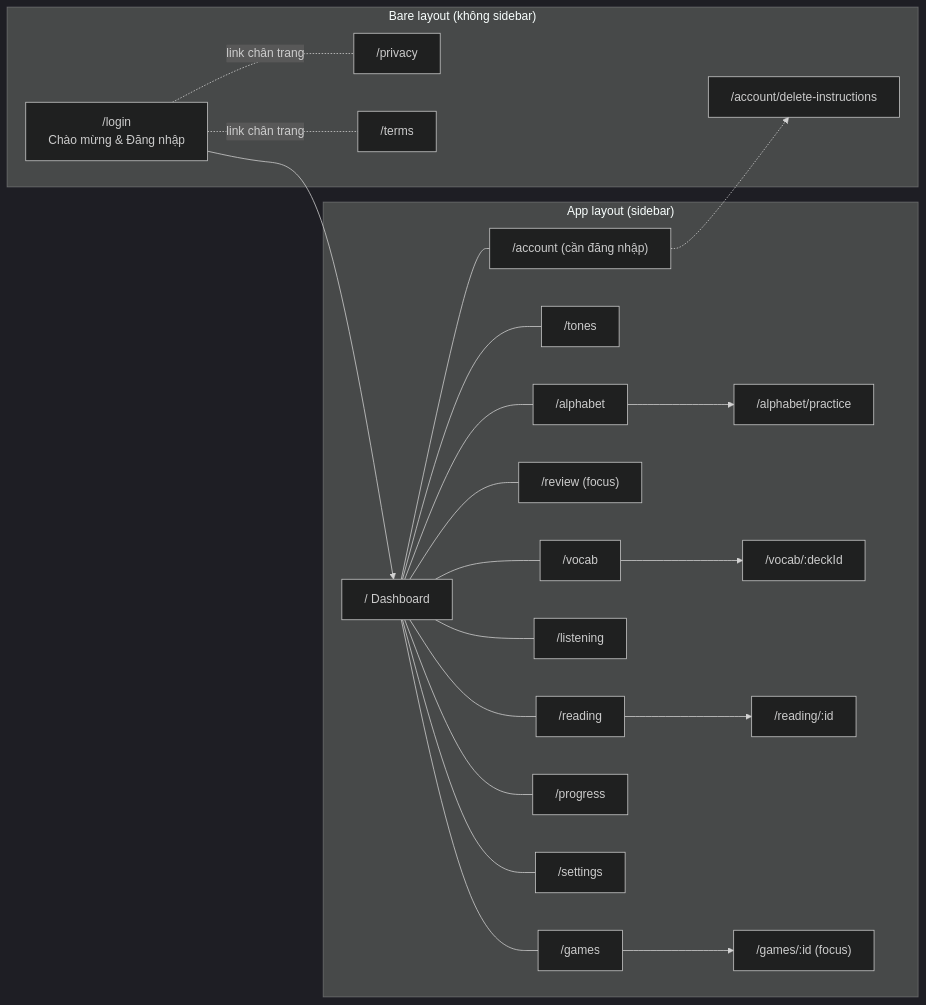
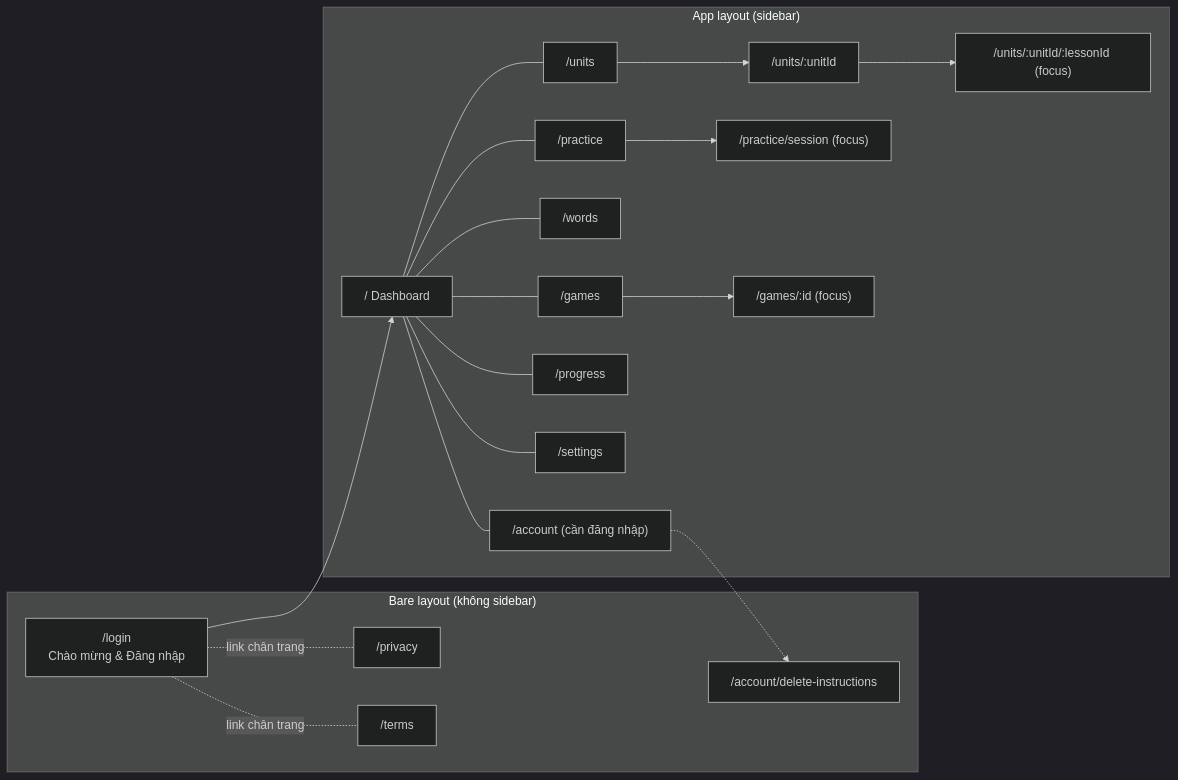
One commit to DoMinhChien/hoc-thai-cung-nom changed the first of 6 diagrams in docs/design/flows.md. Above: the diagram before and after it, drawn with Mermaid (dark theme). The commit also changed other lines of this file and 5 other files, not shown here.

````diff
--- a/docs/design/flows.md
+++ b/docs/design/flows.md
@@ -7,26 +9,23 @@
 ```mermaid
 flowchart LR
   subgraph Bare["Bare layout (không sidebar)"]
     LOGIN["/login<br/>Chào mừng & Đăng nhập"]
     PRIV["/privacy"]
     TERMS["/terms"]
     DEL["/account/delete-instructions"]
   end
   subgraph App["App layout (sidebar)"]
     DASH["/ Dashboard"]
-    ALPHA["/alphabet"] --> ALPHAP["/alphabet/practice"]
-    TONES["/tones"]
-    VOCAB["/vocab"] --> DECK["/vocab/:deckId"]
-    REVIEW["/review (focus)"]
-    READ["/reading"] --> READD["/reading/:id"]
-    LISTEN["/listening"]
+    UNITS["/units"] --> UNIT["/units/:unitId"] --> LESSON["/units/:unitId/:lessonId (focus)"]
+    PRACTICE["/practice"] --> SESSION["/practice/session (focus)"]
+    WORDS["/words"]
     GAMES["/games"] --> GAME["/games/:id (focus)"]
     PROG["/progress"]
     SET["/settings"]
     ACC["/account (cần đăng nhập)"]
   end
   LOGIN --> DASH
-  DASH --- ALPHA & TONES & VOCAB & REVIEW & READ & LISTEN & GAMES & PROG & SET & ACC
+  DASH --- UNITS & PRACTICE & WORDS & GAMES & PROG & SET & ACC
   LOGIN -.link chân trang.- PRIV & TERMS
   ACC -.-> DEL
 ```
````
